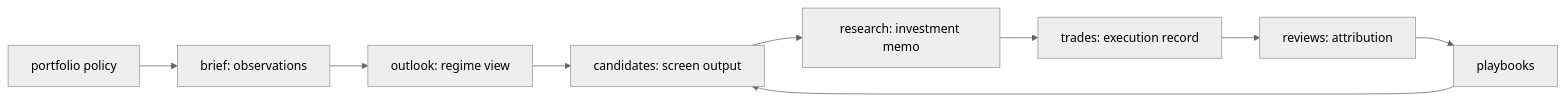
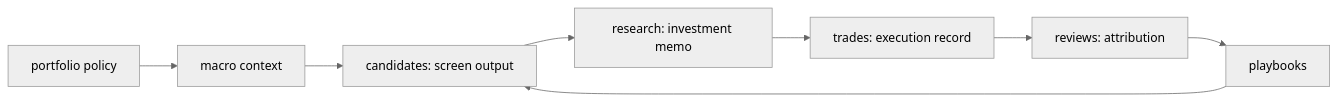
Before and after one commit to koumatsumoto/baibai-loop: the diagram in docs/architecture/system-overview.md, drawn with Mermaid (neutral theme). The commit also changed other lines of this file and 156 other files, not shown here.

First line of the commit message:
feat(macro): replace brief outlook with macro context

````diff
--- a/docs/architecture/system-overview.md
+++ b/docs/architecture/system-overview.md
@@ -31,11 +30,10 @@
 ```mermaid
 flowchart LR
-  policy["portfolio policy"] --> brief["brief: observations"]
-  brief --> outlook["outlook: regime view"]
-  outlook --> candidates["candidates: screen output"]
+  policy["portfolio policy"] --> macro["macro context"]
+  macro --> candidates["candidates: screen output"]
   candidates --> research["research: investment memo"]
   research --> trades["trades: execution record"]
   trades --> reviews["reviews: attribution"]
   reviews --> playbooks["playbooks"]
   playbooks --> candidates
 ```
````
